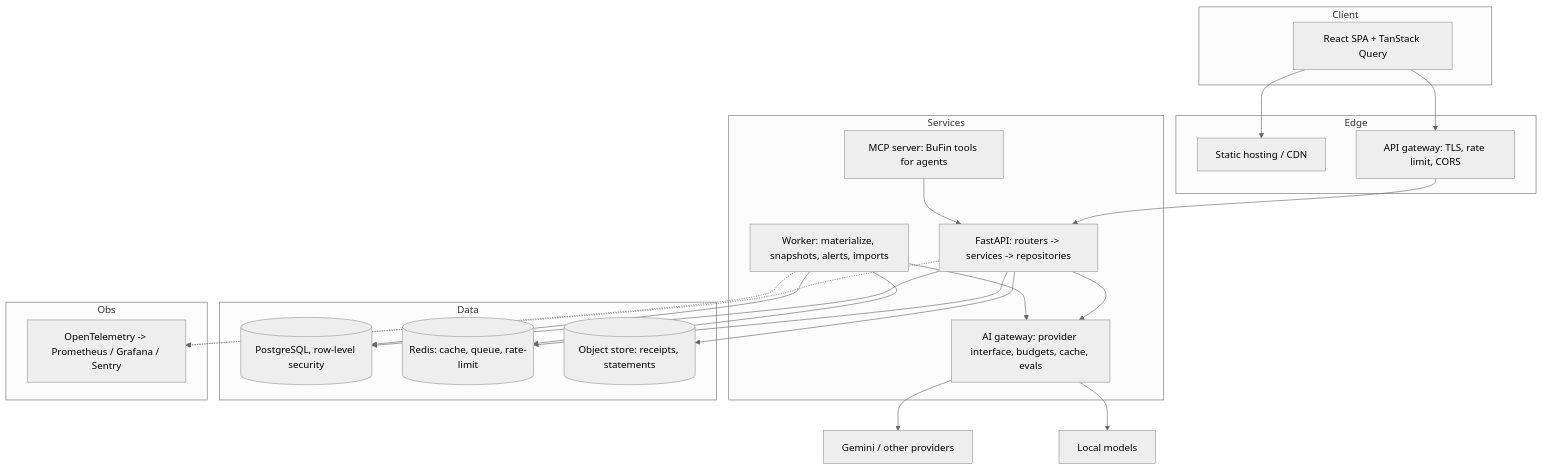
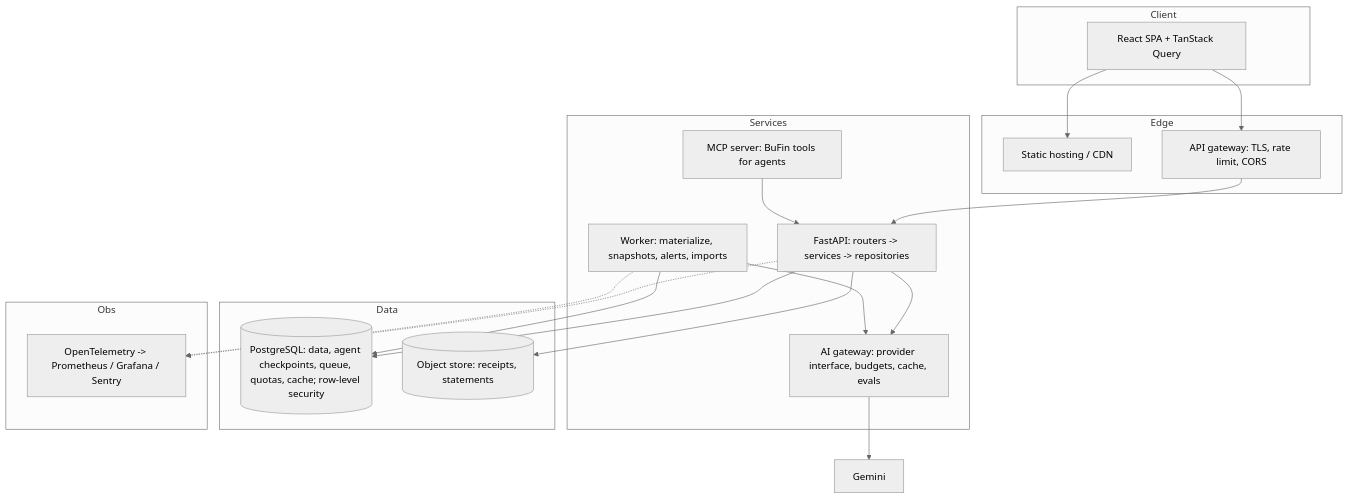
One commit to anubhab-m02/BuFin changed the fourth of 4 diagrams in docs/architecture/HLD.md. Above: the diagram before and after it, drawn with Mermaid (neutral theme). The commit also changed other lines of this file and 3 other files, not shown here.

Commit message:
docs: correct the HLD/LLD/roadmap statements the baseline review disproved, add ADR amendments (#165)

````diff
--- a/docs/architecture/HLD.md
+++ b/docs/architecture/HLD.md
@@ -127,38 +125,34 @@
 ```mermaid
 flowchart TB
     subgraph Client
       SPA[React SPA + TanStack Query]
     end
     subgraph Edge
       CDN[Static hosting / CDN]
       GW[API gateway: TLS, rate limit, CORS]
     end
     subgraph Services
       API[FastAPI: routers -> services -> repositories]
       AIG[AI gateway: provider interface, budgets, cache, evals]
       WRK[Worker: materialize, snapshots, alerts, imports]
       MCP[MCP server: BuFin tools for agents]
     end
     subgraph Data
-      PG[(PostgreSQL, row-level security)]
-      RDS[(Redis: cache, queue, rate-limit)]
+      PG[(PostgreSQL: data, agent checkpoints, queue, quotas, cache; row-level security)]
       OBJ[(Object store: receipts, statements)]
     end
     subgraph Obs
       OT[OpenTelemetry -> Prometheus / Grafana / Sentry]
     end
     SPA --> CDN
     SPA --> GW --> API
     API --> PG
-    API --> RDS
     API --> AIG
     WRK --> PG
-    WRK --> RDS
     WRK --> AIG
     MCP --> API
-    AIG --> GEM[Gemini / other providers]
-    AIG --> OLL[Local models]
+    AIG --> GEM[Gemini]
     API --> OBJ
     API -.-> OT
     WRK -.-> OT
 ```
````
